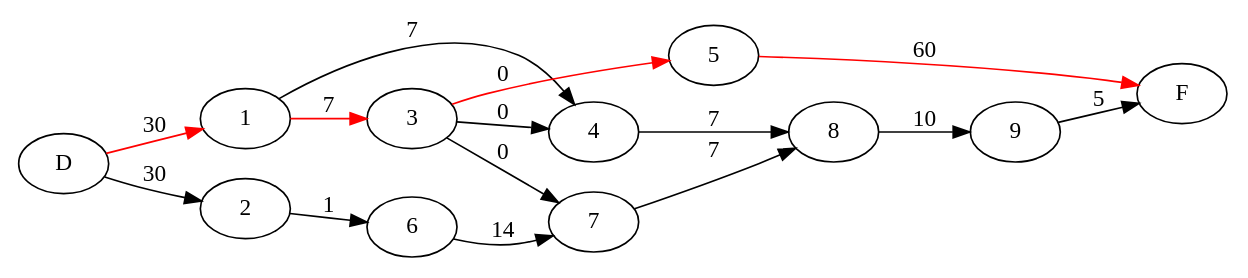
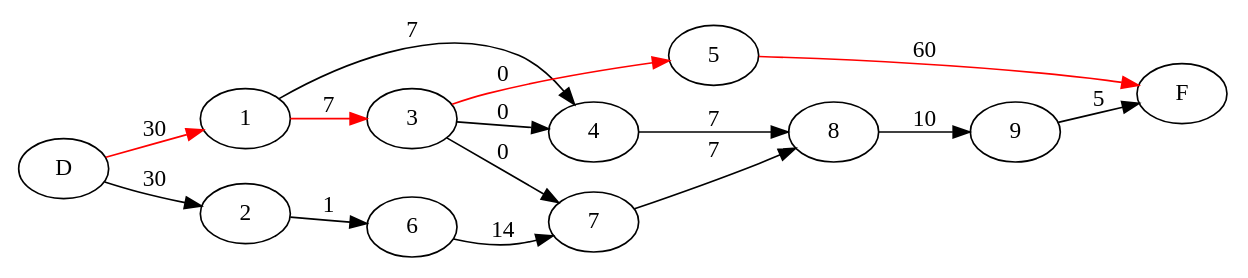
One commit to Malik-Hacini/Projet-Graphes changed the diagram in Analyses/Historique_test_cool/Analyse_Initiale/Analyse_Initiale-dot2tex-fig1.dot. Above: the diagram before and after it, drawn with Graphviz. The commit also changed other lines of this file and 15 other files, not shown here.

```diff
--- a/Analyses/Historique_test_cool/Analyse_Initiale/Analyse_Initiale-dot2tex-fig1.dot
+++ b/Analyses/Historique_test_cool/Analyse_Initiale/Analyse_Initiale-dot2tex-fig1.dot
@@ -1,18 +1,18 @@
 
     digraph G{
    rankdir=LR
+   D -> 1 [label="30" color="red"];
    D -> 2 [label="30"];
-   D -> 1 [label="30" color="red"];
+   1 -> 4 [label="7"];
    1 -> 3 [label="7" color="red"];
-   1 -> 4 [label="7"];
    2 -> 6 [label="1"];
    3 -> 4 [label="0"];
+   3 -> 7 [label="0"];
    3 -> 5 [label="0" color="red"];
-   3 -> 7 [label="0"];
    4 -> 8 [label="7"];
    5 -> F [label="60" color="red"];
    6 -> 7 [label="14"];
    7 -> 8 [label="7"];
    8 -> 9 [label="10"];
    9 -> F [label="5"];
    }
```
